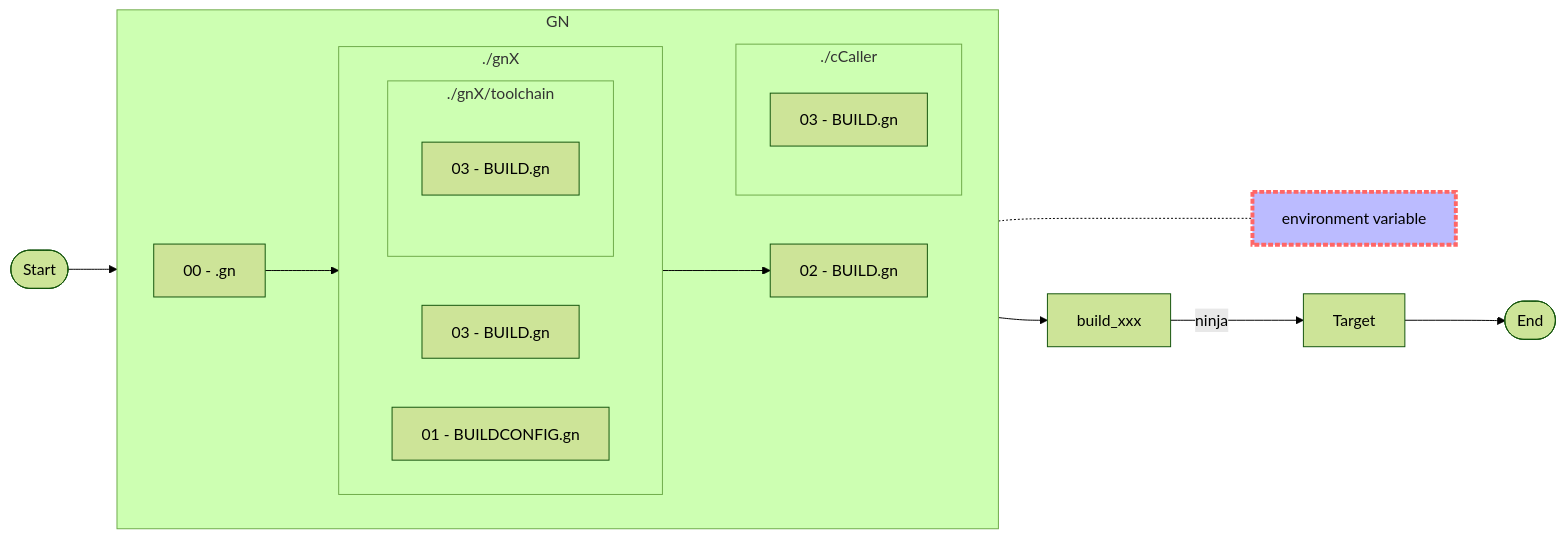
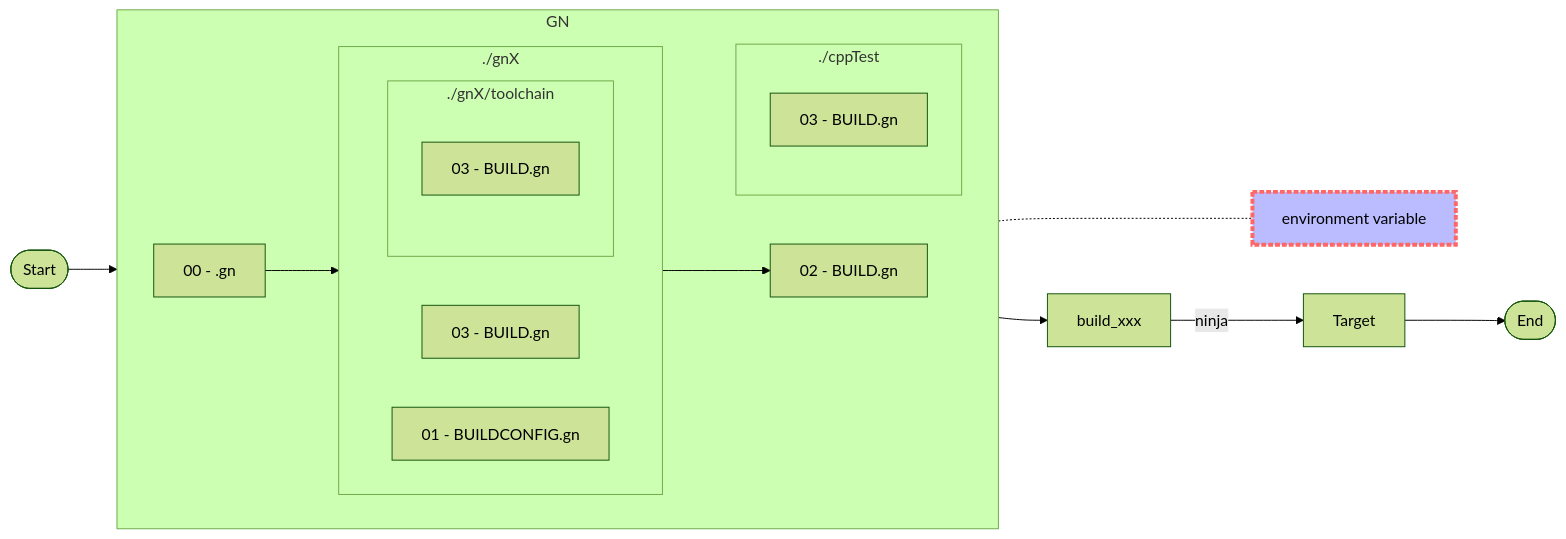
One commit to lankahsu520/makeXcmakeXmesonXgn changed the fourth of 5 diagrams in README.md. Above: the diagram before and after it, drawn with Mermaid (forest theme).

````diff
--- a/README.md
+++ b/README.md
@@ -134,28 +134,28 @@
 ```mermaid
 flowchart LR
 	Start([Start])
 	subgraph GN[GN]
 		direction LR
 		.gn[00 - .gn]
 		BUILD.gn[02 - BUILD.gn]
 		subgraph gnX[./gnX]
 			direction LR
 			BUILD.gn-gnX[03 - BUILD.gn]
 			BUILDCONFIG.gn[01 - BUILDCONFIG.gn]
 			subgraph toolchain[./gnX/toolchain]
 				BUILD.gn-toolchain[03 - BUILD.gn]
 			end
 		end
-		subgraph cCaller[./cCaller]
+		subgraph cCaller[./cppTest]
 			BUILD.gn-cCaller[03 - BUILD.gn]
 		end
 		.gn --> BUILDCONFIG.gn --> BUILD.gn 
 	end
 	End([End])
 	
 	environment[environment variable]
 	style environment fill:#bbf,color:#000000,stroke:#f66,stroke-width:4px,stroke-dasharray: 5 2
 
 	Start --> GN --> build_xxx --> |ninja|Target --> End
 	GN -..- environment
 ```
````
